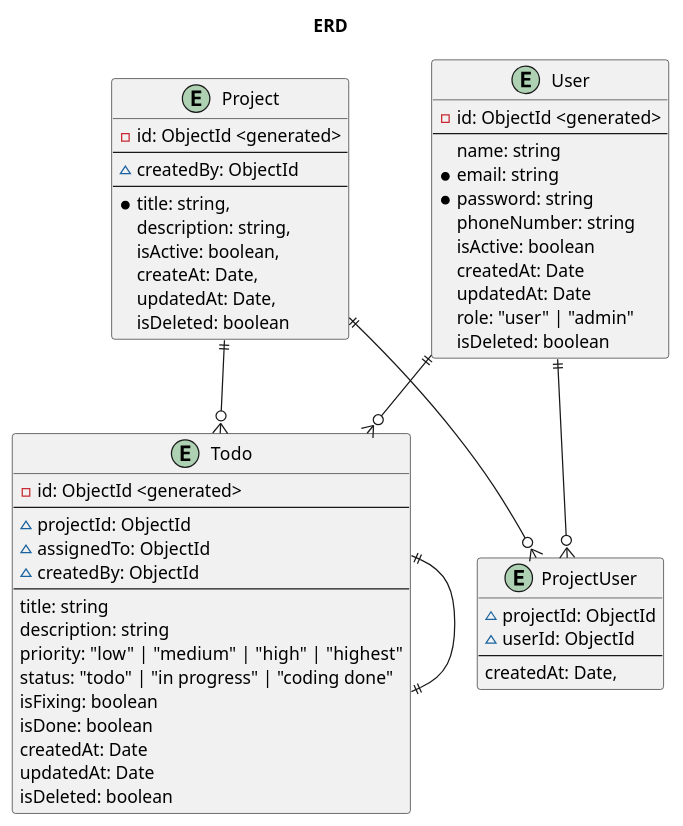
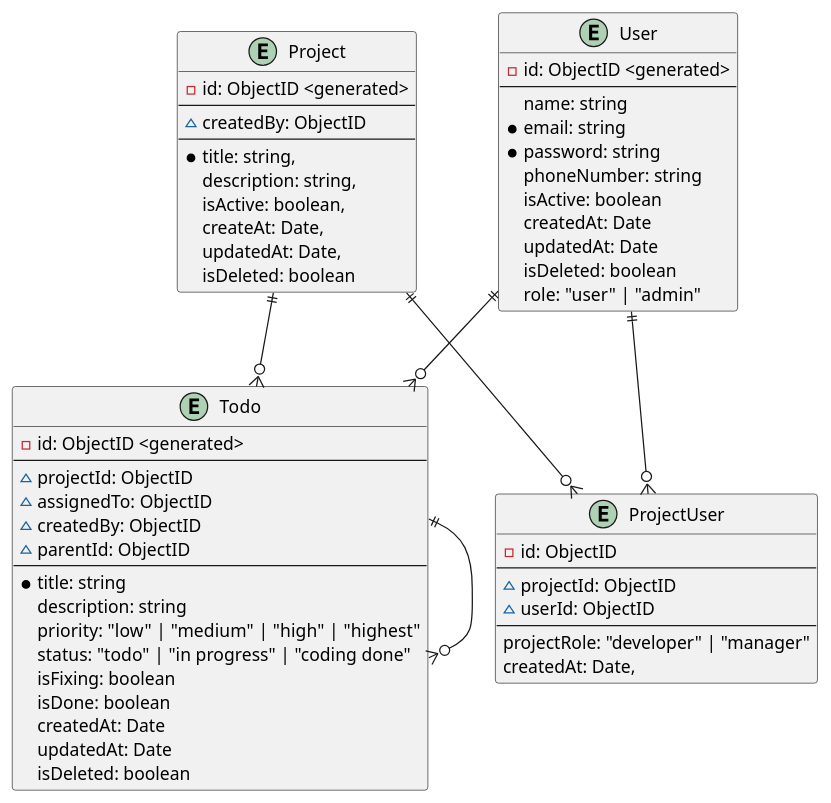
The diagram in lb-4-tutorial/docs/enityRelationship/ERD.puml (taint3110/LB4_Tutorial), drawn with PlantUML before and after one commit. The commit also changed 30 other files, not shown here.

Commit message:
design diagrams for apis, update model

```diff
--- a/lb-4-tutorial/docs/enityRelationship/ERD.puml
+++ b/lb-4-tutorial/docs/enityRelationship/ERD.puml
@@ -1,63 +1,66 @@
 @startuml Application use cases diagram
 skinparam actorStyle awesome
-title ERD
 
 entity Todo{
-  -id: ObjectId <generated>
+  -id: ObjectID <generated>
   --
-  ~projectId: ObjectId
-  ~assignedTo: ObjectId
-  ~createdBy: ObjectId
+  ~projectId: ObjectID
+  ~assignedTo: ObjectID
+  ~createdBy: ObjectID
+  ~parentId: ObjectID
   --
-  title: string
+  *title: string
   description: string
   priority: "low" |  "medium" | "high" | "highest"
   status: "todo" | "in progress" | "coding done"
   isFixing: boolean
   isDone: boolean
   createdAt: Date
   updatedAt: Date
   isDeleted: boolean
 }
 
 entity Project {
-  -id: ObjectId <generated>
+  -id: ObjectID <generated>
   --
-  ~createdBy: ObjectId
+  ~createdBy: ObjectID
   --
   *title: string,
   description: string,
   isActive: boolean,
   createAt: Date,
   updatedAt: Date,
   isDeleted: boolean
 }
 
 entity User {
-  -id: ObjectId <generated>
+  -id: ObjectID <generated>
   --
   name: string
   *email: string
   *password: string
   phoneNumber: string
   isActive: boolean
   createdAt: Date
   updatedAt: Date
+  isDeleted: boolean
   role: "user" | "admin"
-  isDeleted: boolean
 }
 
 entity ProjectUser {
-  ~projectId: ObjectId
-  ~userId: ObjectId
+  -id: ObjectID
   --
+  ~projectId: ObjectID
+  ~userId: ObjectID
+  --
+  projectRole: "developer" | "manager"
   createdAt: Date,
 }
 
 Project ||--o{ Todo
 Project ||--o{ ProjectUser
 User ||--o{ ProjectUser
 User ||--o{ Todo
-Todo ||--|| Todo
+Todo ||--o{ Todo
 
 @enduml
```
